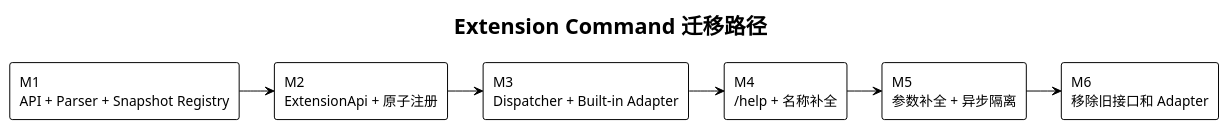
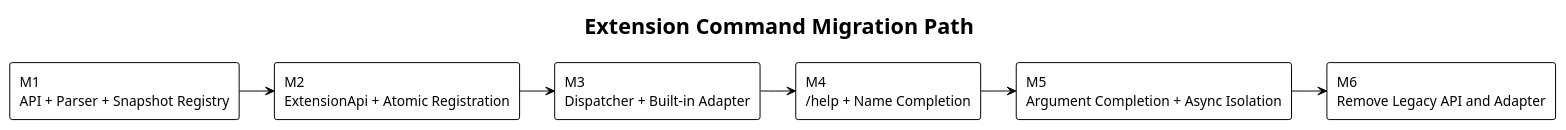
One commit to superheromeZzh/pi-mono-java-design changed diagram 16 of 20 in diagrams/extension-command/diagram.puml. Above: the diagram before and after it, drawn with PlantUML. The commit also changed other lines of this file and 48 other files, not shown here.

Commit message:
docs: require English PlantUML diagrams

```diff
--- a/diagrams/extension-command/diagram.puml
+++ b/diagrams/extension-command/diagram.puml
@@ -551,24 +551,24 @@
 @startuml 16-migration-path
 ' Java migration plan; pi source is not applicable.
 ' Design reason: preserve one complete execution path at each milestone while retiring the old registry API.
 !theme plain
 !pragma layout smetana
-skinparam defaultFontName "PingFang SC"
+skinparam defaultFontName "SansSerif"
 skinparam shadowing false
 skinparam backgroundColor transparent
-title Extension Command 迁移路径
+title Extension Command Migration Path
 
 left to right direction
 rectangle "M1\nAPI + Parser + Snapshot Registry" as m1
-rectangle "M2\nExtensionApi + 原子注册" as m2
+rectangle "M2\nExtensionApi + Atomic Registration" as m2
 rectangle "M3\nDispatcher + Built-in Adapter" as m3
-rectangle "M4\n/help + 名称补全" as m4
-rectangle "M5\n参数补全 + 异步隔离" as m5
-rectangle "M6\n移除旧接口和 Adapter" as m6
+rectangle "M4\n/help + Name Completion" as m4
+rectangle "M5\nArgument Completion + Async Isolation" as m5
+rectangle "M6\nRemove Legacy API and Adapter" as m6
 
 m1 --> m2
 m2 --> m3
 m3 --> m4
 m4 --> m5
 m5 --> m6
 @enduml
```
